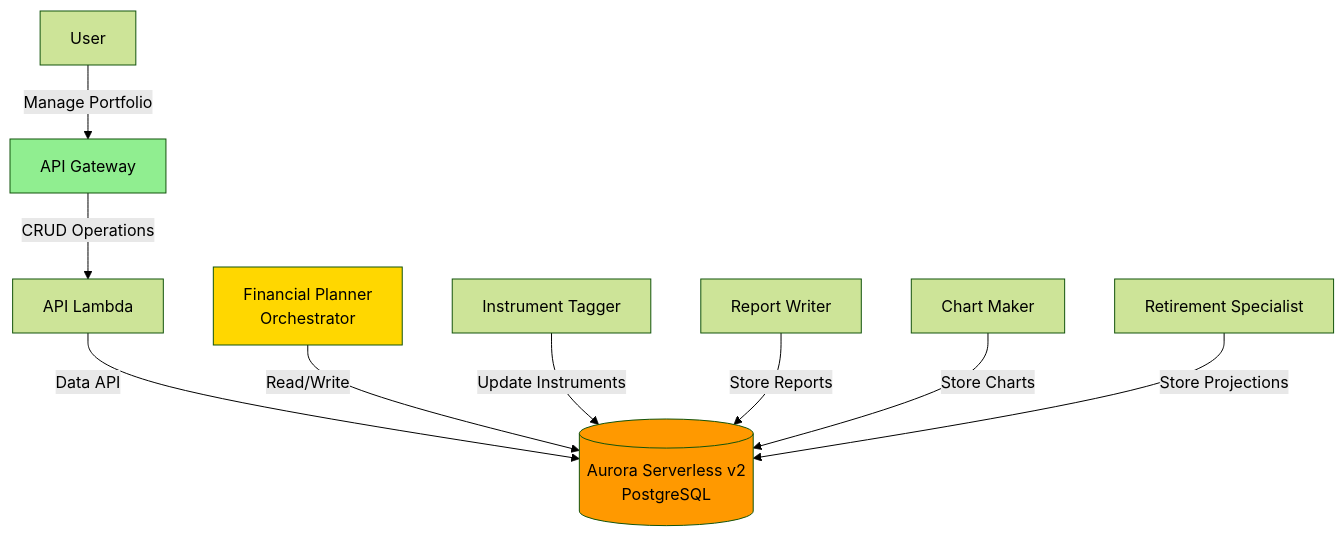
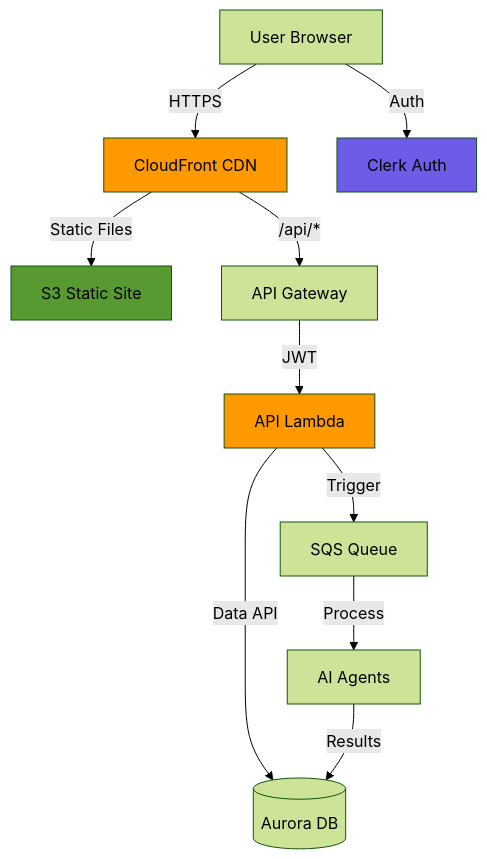
One commit to Ch3rry-Pi3-AI/LLMOps-Financial-Planner changed the diagram in README.md. Above: the diagram before and after it, drawn with Mermaid (forest theme). The commit also changed other lines of this file and 16 other files, not shown here.

````diff
--- a/README.md
+++ b/README.md
@@ -51,16 +25,20 @@
 ```mermaid
 graph TB
-    User[User] -->|Manage Portfolio| API[API Gateway]
-    API -->|CRUD Operations| Lambda[API Lambda]
-    Lambda -->|Data API| Aurora[(Aurora Serverless v2<br/>PostgreSQL)]
+    User[User Browser] -->|HTTPS| CF[CloudFront CDN]
+    CF -->|Static Files| S3[S3 Static Site]
+    CF -->|/api/*| APIG[API Gateway]
 
-    Planner[Financial Planner<br/>Orchestrator] -->|Read/Write| Aurora
-    Tagger[Instrument Tagger] -->|Update Instruments| Aurora
-    Reporter[Report Writer] -->|Store Reports| Aurora
-    Charter[Chart Maker] -->|Store Charts| Aurora
-    Retirement[Retirement Specialist] -->|Store Projections| Aurora
+    User -->|Auth| Clerk[Clerk Auth]
+    APIG -->|JWT| Lambda[API Lambda]
 
-    style Aurora fill:#FF9900
-    style Planner fill:#FFD700
-    style API fill:#90EE90
+    Lambda -->|Data API| Aurora[(Aurora DB)]
+    Lambda -->|Trigger| SQS[SQS Queue]
+
+    SQS -->|Process| Agents[AI Agents]
+    Agents -->|Results| Aurora
+
+    style CF fill:#FF9900
+    style S3 fill:#569A31
+    style Lambda fill:#FF9900
+    style Clerk fill:#6C5CE7
 ```
````
